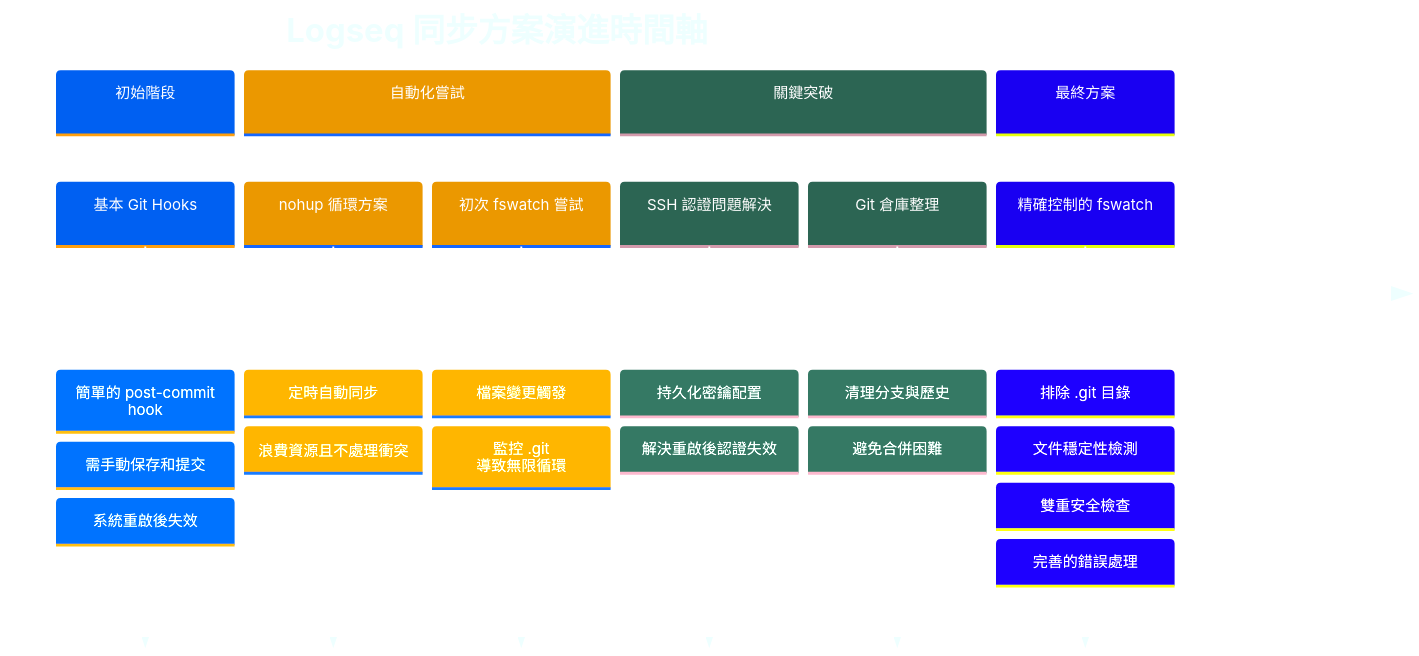
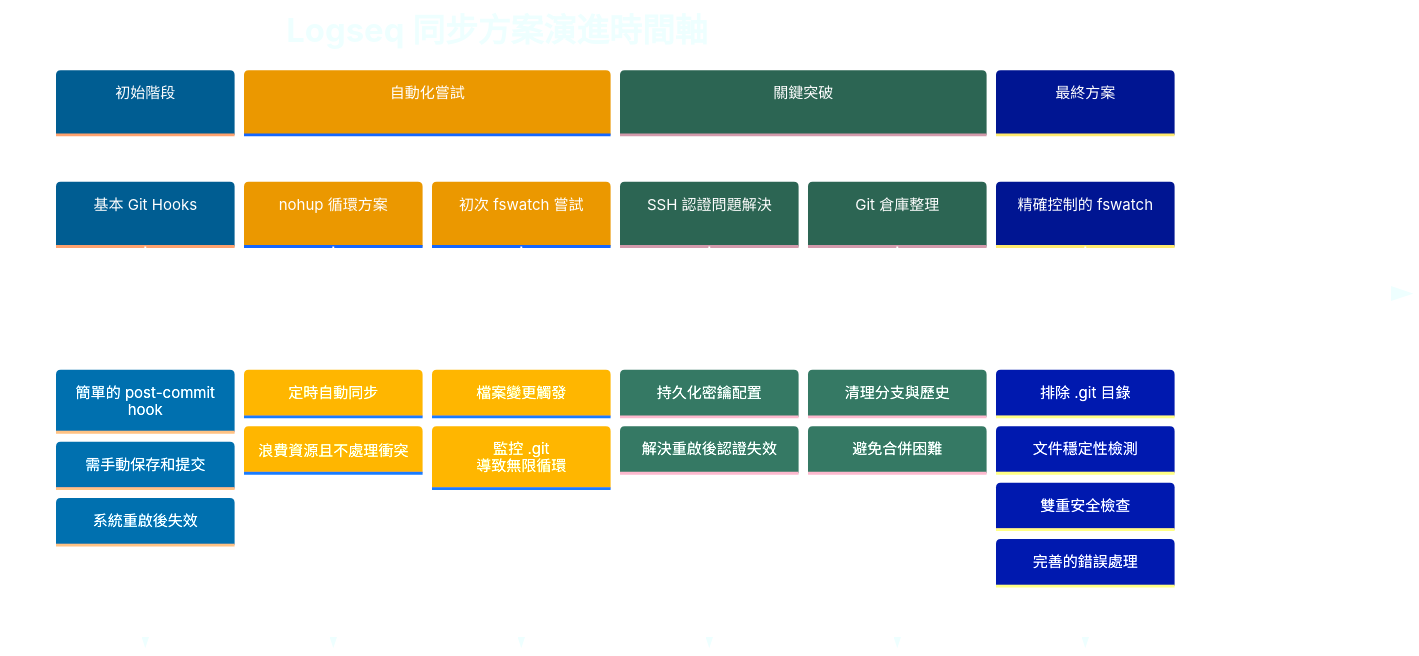
Before and after one commit to GengGeng026/Sync-Logseq: the first of 2 diagrams in Logseq同步方案演進記錄.md, drawn with Mermaid.

Commit message:
Auto-sync: Wed Mar 26 08:40:31 +08 2025

````diff
--- a/Logseq同步方案演進記錄.md
+++ b/Logseq同步方案演進記錄.md
@@ -27,45 +27,45 @@
 ```mermaid
 %%{init: {
   'theme': 'base', 
   'themeVariables': {
-    'primaryColor': '#72AAFF',
+    'primaryColor': '#12AAFF',
     'secondaryColor': '#FFCB6B',
     'tertiaryColor': '#59B79A',
     'quaternaryColor': '#F07178',
     'primaryTextColor': '#FFFFFF',
     'primaryBorderColor': '#59B79A',
     'lineColor': '#C792EA',
     'background': 'transparent',
     'textColor': '#EEFFFF',
     'nodeBorder': '#59B79A',
     'clusterBkg': 'transparent',
     'titleColor': '#EEFFFF',
     'sectionBkgColor': '#273747',
     'sectionBkgColor2': '#334455',
     'sectionBkgColor3': '#3A4A5A',
     'sectionBkgColor4': '#42546A',
     'sectionBkgColor5': '#4B5E78'
   }
 }}%%
 timeline
     title Logseq 同步方案演進時間軸
     section 初始階段
         基本 Git Hooks : 簡單的 post-commit hook
         : 需手動保存和提交
         : 系統重啟後失效
     section 自動化嘗試
         nohup 循環方案 : 定時自動同步
         : 浪費資源且不處理衝突
         初次 fswatch 嘗試 : 檔案變更觸發
         : 監控 .git 導致無限循環
     section 關鍵突破
         SSH 認證問題解決 : 持久化密鑰配置
         : 解決重啟後認證失效
         Git 倉庫整理 : 清理分支與歷史
         : 避免合併困難
     section 最終方案
         精確控制的 fswatch : 排除 .git 目錄
         : 文件穩定性檢測
         : 雙重安全檢查
         : 完善的錯誤處理
 ```
````
